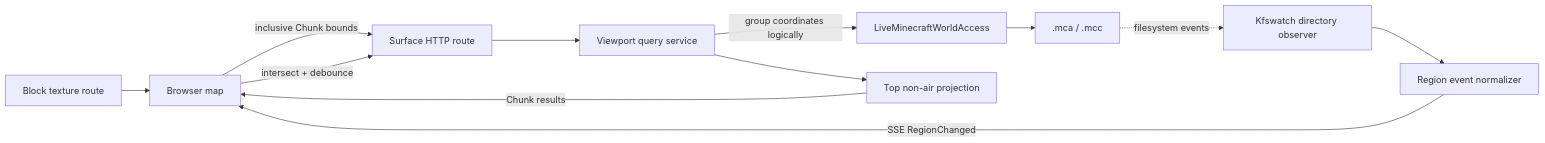
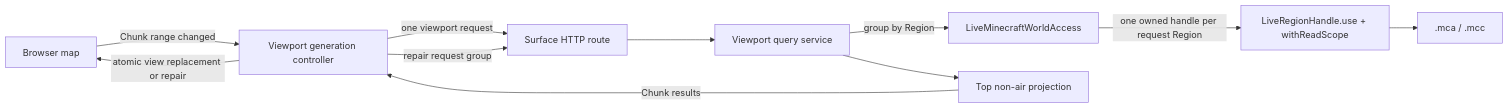
One commit to czp3009/minecraft-protocol changed the diagram in .codex/plans/minecraft-web-map-demo.md. Above: the diagram before and after it, drawn with Mermaid. The commit also changed other lines of this file, not shown here.

First line of the commit message:
plan(demo-web-map): update implementation details for live region lifecycle and viewport error handling

````diff
--- a/.codex/plans/minecraft-web-map-demo.md
+++ b/.codex/plans/minecraft-web-map-demo.md
@@ -115,14 +120,13 @@
 ```mermaid
 flowchart LR
-    Browser[Browser map] -->|inclusive Chunk bounds| SurfaceRoute[Surface HTTP route]
+    Browser[Browser map] -->|Chunk range changed| Controller[Viewport generation controller]
+    Controller -->|one viewport request| SurfaceRoute[Surface HTTP route]
+    Controller -->|repair request group| SurfaceRoute
     SurfaceRoute --> Query[Viewport query service]
-    Query -->|group coordinates logically| LiveAccess[LiveMinecraftWorldAccess]
-    LiveAccess --> RegionFiles[.mca / .mcc]
+    Query -->|group by Region| LiveAccess[LiveMinecraftWorldAccess]
+    LiveAccess -->|one owned handle per request Region| RegionHandle[LiveRegionHandle.use + withReadScope]
+    RegionHandle --> RegionFiles[.mca / .mcc]
     Query --> Projection[Top non-air projection]
-    Projection -->|Chunk results| Browser
-    Watcher[Kfswatch directory observer] --> Normalizer[Region event normalizer]
-    RegionFiles -. filesystem events .-> Watcher
-    Normalizer -->|SSE RegionChanged| Browser
-    Browser -->|intersect + debounce| SurfaceRoute
-    TextureRoute[Block texture route] --> Browser
+    Projection -->|Chunk results| Controller
+    Controller -->|atomic view replacement or repair| Browser
 ```
````
